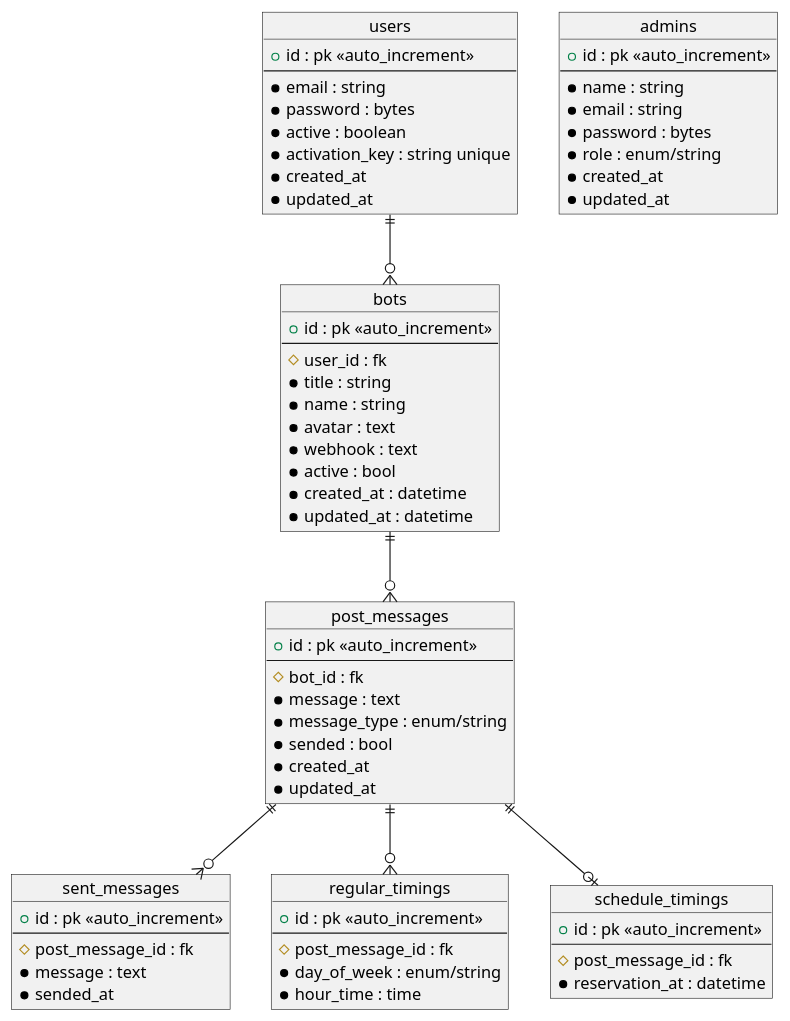
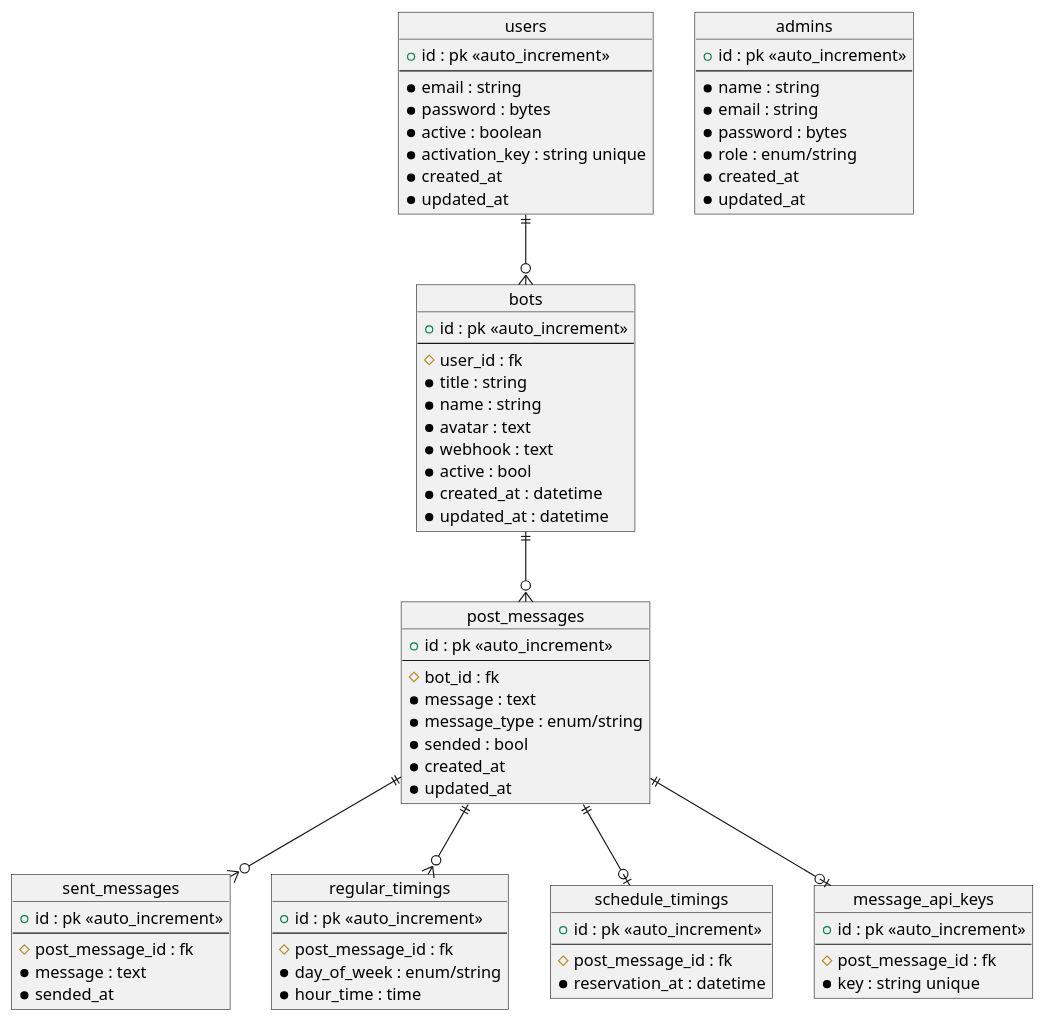
One commit to takemo101/dc-scheduler changed the diagram in document/design/er.puml. Above: the diagram before and after it, drawn with PlantUML. The commit also changed 47 other files, not shown here.

```diff
--- a/document/design/er.puml
+++ b/document/design/er.puml
@@ -1,78 +1,86 @@
 @startuml er
 
 object bots {
     + id : pk <<auto_increment>>
     --
     # user_id : fk
     * title : string
     * name : string
     * avatar : text
     * webhook : text
     * active : bool
     * created_at : datetime
     * updated_at : datetime
 }
 
 object post_messages {
     + id : pk <<auto_increment>>
     --
     # bot_id : fk
     * message : text
     * message_type : enum/string
     * sended : bool
     * created_at
     * updated_at
 }
 
 object sent_messages {
     + id : pk <<auto_increment>>
     --
     # post_message_id : fk
     * message : text
     * sended_at
 }
 
 object regular_timings {
     + id : pk <<auto_increment>>
     --
     # post_message_id : fk
     * day_of_week : enum/string
     * hour_time : time
 }
 
 object schedule_timings {
     + id : pk <<auto_increment>>
     --
     # post_message_id : fk
     * reservation_at : datetime
 }
 
+object message_api_keys {
+    + id : pk <<auto_increment>>
+    --
+    # post_message_id : fk
+    * key : string unique
+}
+
 
 object admins {
     + id : pk <<auto_increment>>
     --
     * name : string
     * email : string
     * password : bytes
     * role : enum/string
     * created_at
     * updated_at
 }
 
 object users {
     + id : pk <<auto_increment>>
     --
     * email : string
     * password : bytes
     * active : boolean
     * activation_key : string unique
     * created_at
     * updated_at
 }
 
 users ||--o{ bots
 bots ||--o{ post_messages
 post_messages ||--o{ regular_timings
 post_messages ||--o| schedule_timings
+post_messages ||--o| message_api_keys
 post_messages ||--o{ sent_messages
 @enduml
```
